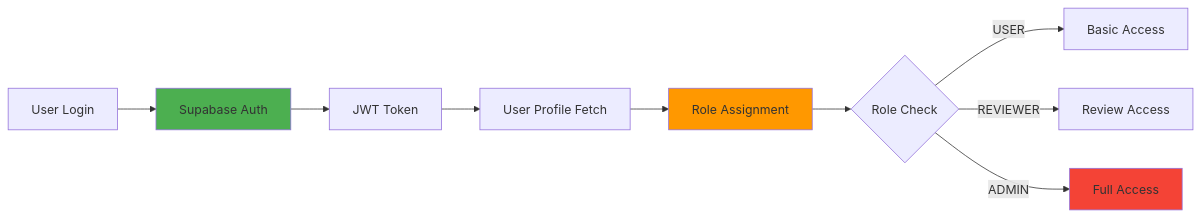
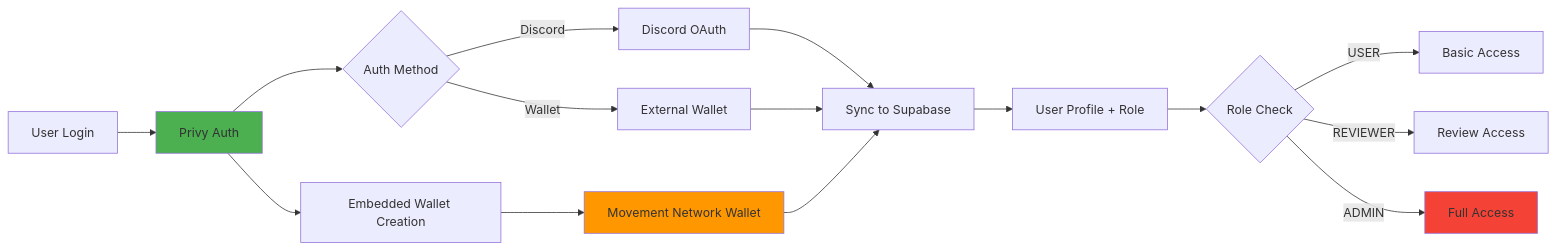
One commit to dimzachar/ScholarsXP changed the second of 8 diagrams in ARCHITECTURE.md. Above: the diagram before and after it, drawn with Mermaid. The commit also changed other lines of this file, not shown here.

First line of the commit message:
docs: update architecture documentation with blockchain and wallet integration

````diff
--- a/ARCHITECTURE.md
+++ b/ARCHITECTURE.md
@@ -93,15 +95,21 @@
 ```mermaid
 graph LR
-    A[User Login] --> B[Supabase Auth]
-    B --> C[JWT Token]
-    C --> D[User Profile Fetch]
-    D --> E[Role Assignment]
-    E --> F{Role Check}
-    F -->|USER| G[Basic Access]
-    F -->|REVIEWER| H[Review Access]
-    F -->|ADMIN| I[Full Access]
+    A[User Login] --> B[Privy Auth]
+    B --> C{Auth Method}
+    C -->|Discord| D[Discord OAuth]
+    C -->|Wallet| E[External Wallet]
+    B --> F[Embedded Wallet Creation]
+    F --> G[Movement Network Wallet]
+    D --> H[Sync to Supabase]
+    E --> H
+    G --> H
+    H --> I[User Profile + Role]
+    I --> J{Role Check}
+    J -->|USER| K[Basic Access]
+    J -->|REVIEWER| L[Review Access]
+    J -->|ADMIN| M[Full Access]
     
     style B fill:#4caf50
-    style E fill:#ff9800
-    style I fill:#f44336
+    style G fill:#ff9800
+    style M fill:#f44336
 ```
````
